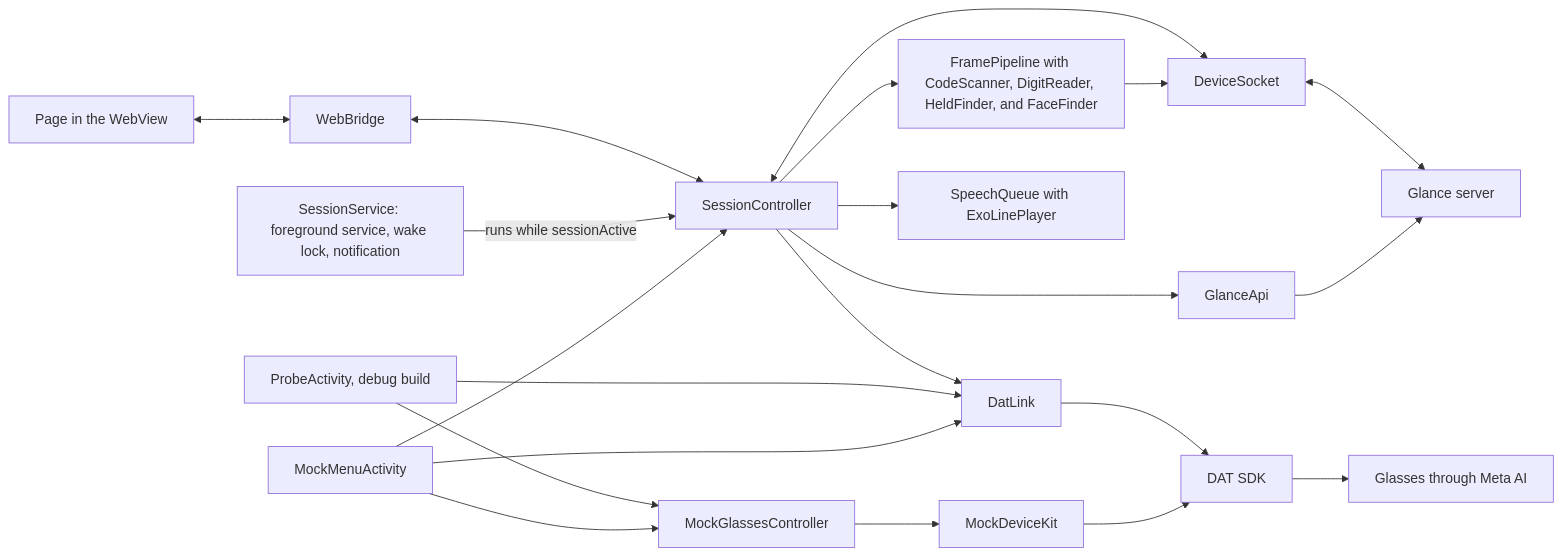
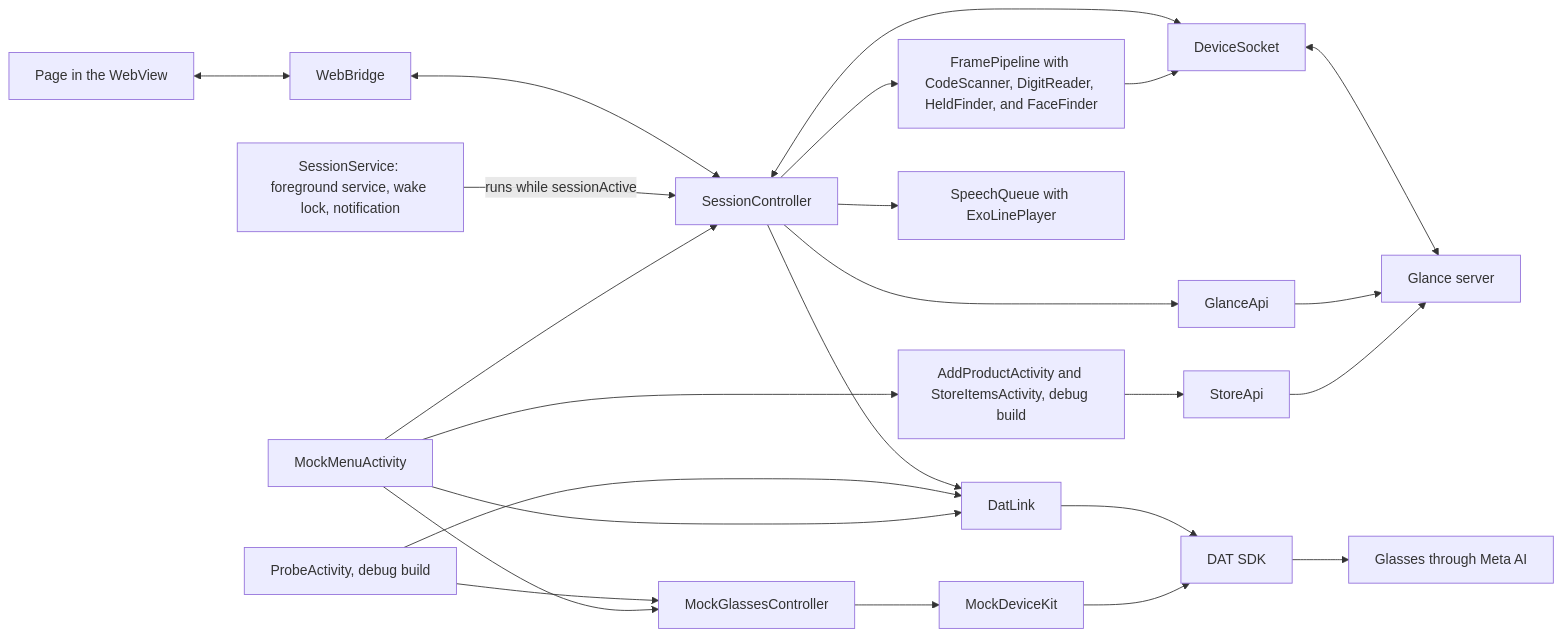
The first of 10 diagrams in apps/mobile/android/README.md (mrBymax/glance), drawn with Mermaid before and after one commit. The commit also changed other lines of this file, not shown here.

Commit message:
docs(android): describe how to add a product from the phone

````diff
--- a/apps/mobile/android/README.md
+++ b/apps/mobile/android/README.md
@@ -20,23 +20,25 @@
 ```mermaid
 flowchart LR
     Page[Page in the WebView] <--> Bridge[WebBridge]
     Bridge <--> Session[SessionController]
     Session --> Link[DatLink]
     Session --> Pipeline[FramePipeline with CodeScanner, DigitReader, HeldFinder, and FaceFinder]
     Session --> Queue[SpeechQueue with ExoLinePlayer]
     Session <--> Socket[DeviceSocket]
     Service[SessionService: foreground service, wake lock, notification] -- "runs while sessionActive" --> Session
     Session --> Api[GlanceApi]
     Socket <--> Server[Glance server]
     Api --> Server
     Pipeline --> Socket
     Link --> Sdk[DAT SDK]
     Mock[MockGlassesController] --> Kit[MockDeviceKit]
     Kit --> Sdk
     Sdk --> Glasses[Glasses through Meta AI]
     Probe[ProbeActivity, debug build] --> Link
     Probe --> Mock
     Menu[MockMenuActivity] --> Mock
+    Menu --> Store[AddProductActivity and StoreItemsActivity, debug build]
+    Store --> StoreApi[StoreApi] --> Server
     Menu --> Link
     Menu --> Session
 ```
````
